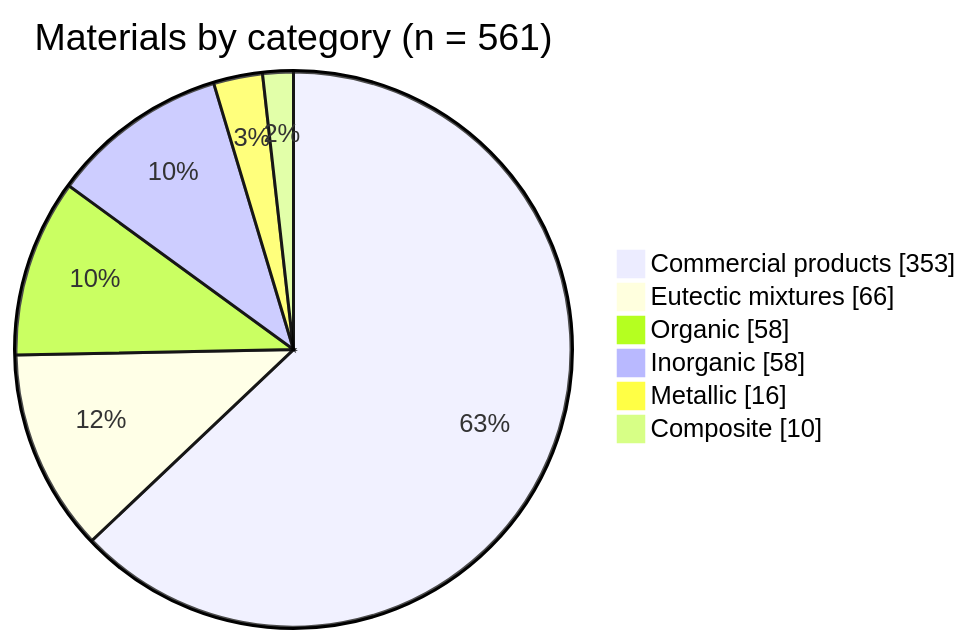
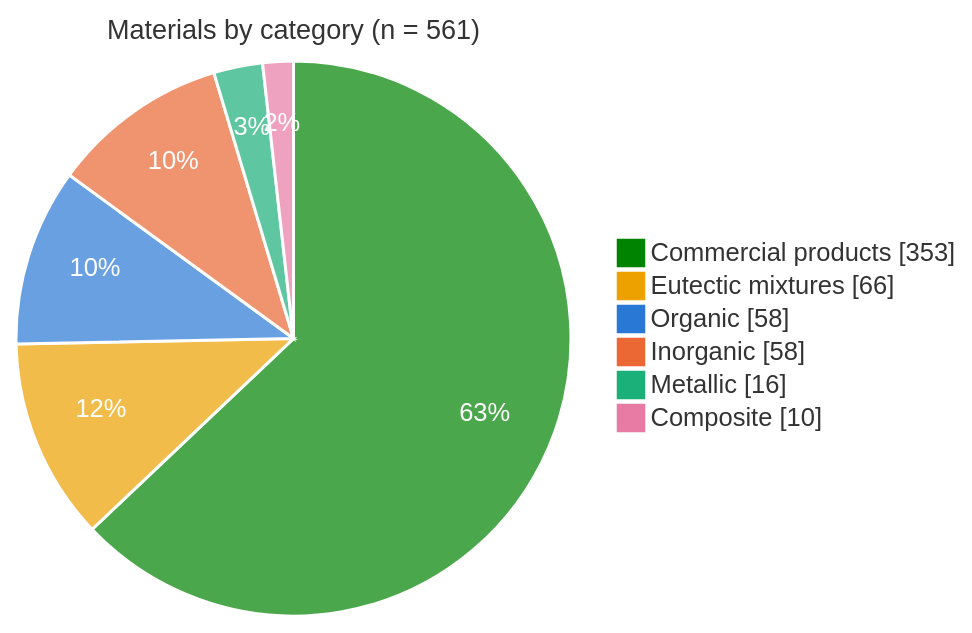
The first of 5 diagrams in README.md (christophersathya-bit/PCM_latent_storage_dataset), drawn with Mermaid before and after one commit. The commit also changed other lines of this file, not shown here.

Commit message:
README: chart colours, label fix, badges

````diff
--- a/README.md
+++ b/README.md
@@ -22,10 +22,11 @@
 ```mermaid
+%%{init: {"theme": "base", "themeVariables": {"pie1": "#008300", "pie2": "#eda100", "pie3": "#2a78d6", "pie4": "#eb6834", "pie5": "#1baf7a", "pie6": "#e87ba4", "pieStrokeColor": "#ffffff", "pieOuterStrokeColor": "#ffffff", "pieSectionTextColor": "#ffffff", "pieTitleTextSize": "18px"}}}%%
 pie showData
     title Materials by category (n = 561)
     "Commercial products" : 353
     "Eutectic mixtures" : 66
     "Organic" : 58
     "Inorganic" : 58
     "Metallic" : 16
     "Composite" : 10
 ```
````
